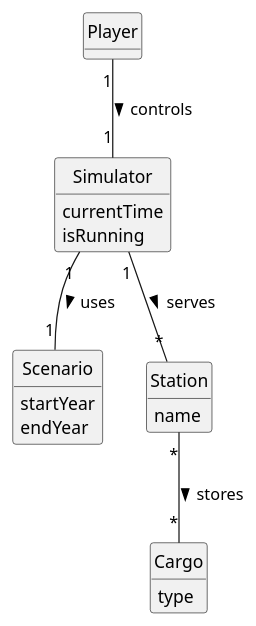
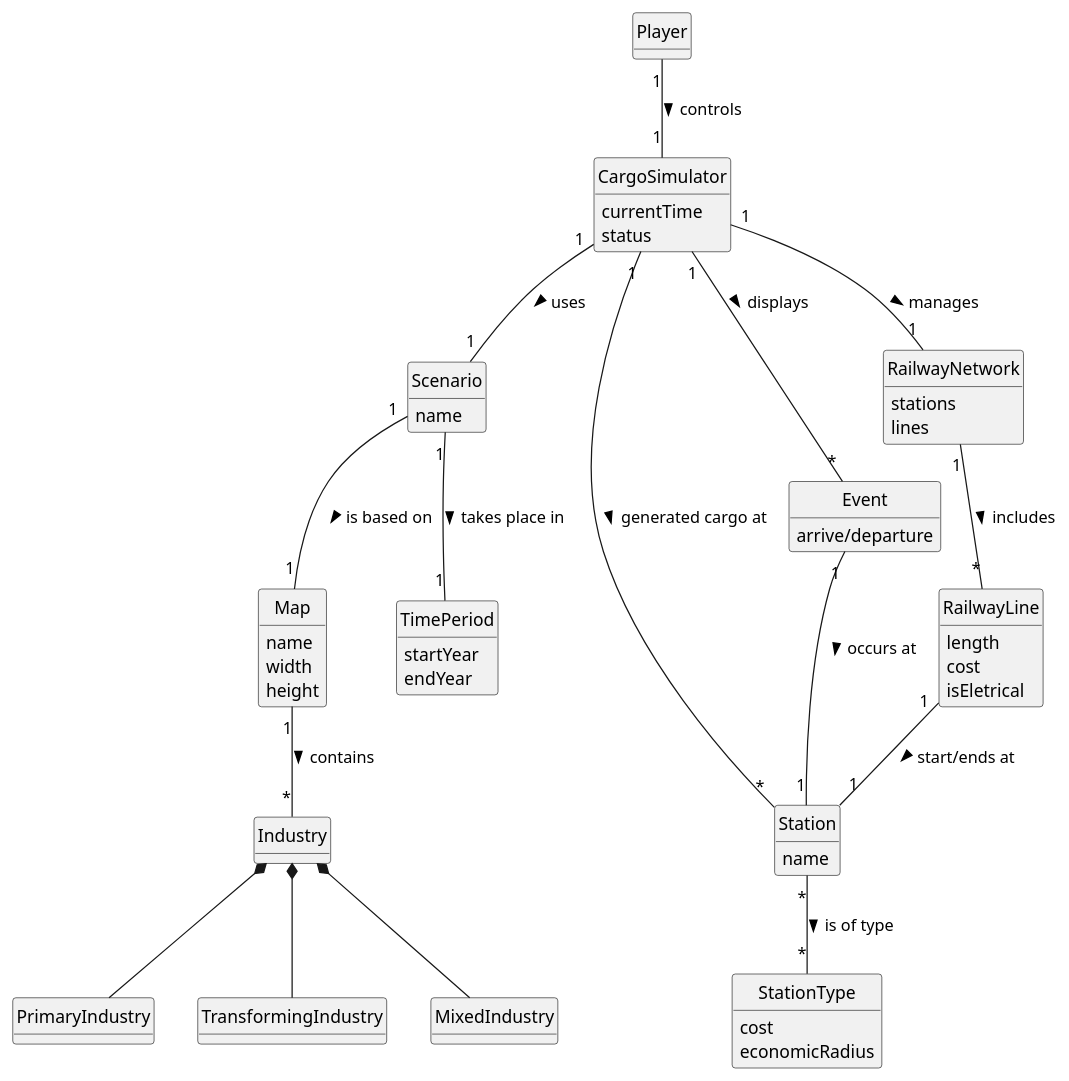
One commit to bruno-monteiro5/sem2-pi-24.25-g132-repo changed the diagram in docs/system-documentation/US012/02.analysis/puml/US012-DM.puml. Above: the diagram before and after it, drawn with PlantUML. The commit also changed 2 other files, not shown here.

```diff
--- a/docs/system-documentation/US012/02.analysis/puml/US012-DM.puml
+++ b/docs/system-documentation/US012/02.analysis/puml/US012-DM.puml
@@ -1,35 +1,90 @@
 @startuml
 skinparam monochrome true
 hide circle
 hide methods
 
 class Player {
 }
 
-class Simulator {
+class CargoSimulator {
   currentTime
-  isRunning
-  + start()
-  + pause()
-  + generateCargo()
+  status
 }
 
 class Scenario {
-  startYear
-  endYear
+  name
+}
+
+class Map {
+    name
+    width
+    height
+}
+
+class TimePeriod {
+    startYear
+    endYear
 }
 
 class Station {
   name
-  + receiveCargo(c: Cargo)
 }
 
-class Cargo {
-  type
+class StationType {
+  cost
+  economicRadius
 }
 
-Player "1" -- "1" Simulator : controls >
-Simulator "1" -- "1" Scenario : uses >
-Simulator "1" -- "*" Station : serves >
-Station "*" -- "*" Cargo : stores >
+class Event {
+    arrive/departure
+}
+
+class RailwayNetwork {
+    stations
+    lines
+}
+
+class RailwayLine {
+    length
+    cost
+    isEletrical
+}
+
+class Industry {
+}
+
+class PrimaryIndustry {
+}
+
+class TransformingIndustry {
+}
+
+class MixedIndustry {
+}
+
+Player "1" -- "1" CargoSimulator : controls >
+CargoSimulator "1" -- "1" Scenario : uses >
+CargoSimulator "1" -- "*" Station : generated cargo at >
+Station "*" -- "*" StationType : is of type >
+Scenario "1" -- "1" TimePeriod : takes place in >
+Scenario "1" -- "1" Map : is based on >
+CargoSimulator "1" -- "*" Event : displays >
+Event "1" -- "1" Station : occurs at >
+CargoSimulator "1" -- "1" RailwayNetwork : manages >
+RailwayNetwork "1" -- "*" RailwayLine : includes >
+RailwayLine "1" -- "1" Station : start/ends at >
+Map "1" -- "*" Industry : contains >
+Industry *-- PrimaryIndustry
+Industry *-- TransformingIndustry
+Industry *-- MixedIndustry
+
+
+
+
+
+
+
+
+
+
 @enduml
```
